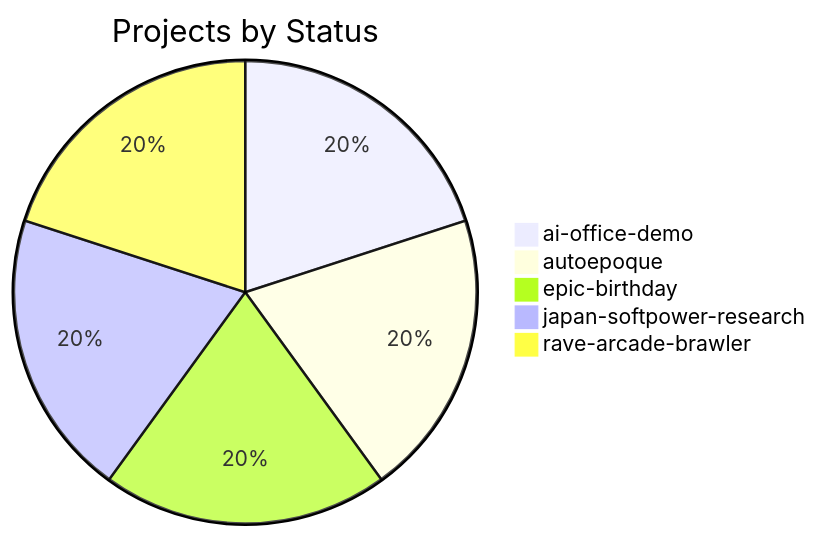
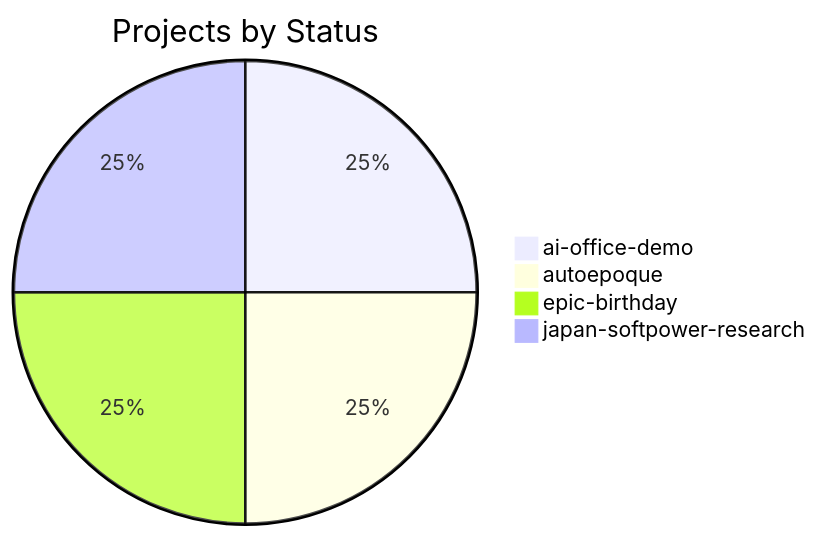
Before and after one commit to avalla/ai-office-for-windsurf: the fifth of 7 diagrams in FRAMEWORK_STATUS.md, drawn with Mermaid. The commit also changed other lines of this file and 8 other files, not shown here.

````diff
--- a/FRAMEWORK_STATUS.md
+++ b/FRAMEWORK_STATUS.md
@@ -154,8 +153,7 @@
 ```mermaid
 pie title Projects by Status
     "ai-office-demo" : 1
     "autoepoque" : 1
     "epic-birthday" : 1
     "japan-softpower-research" : 1
-    "rave-arcade-brawler" : 1
 ```
````
